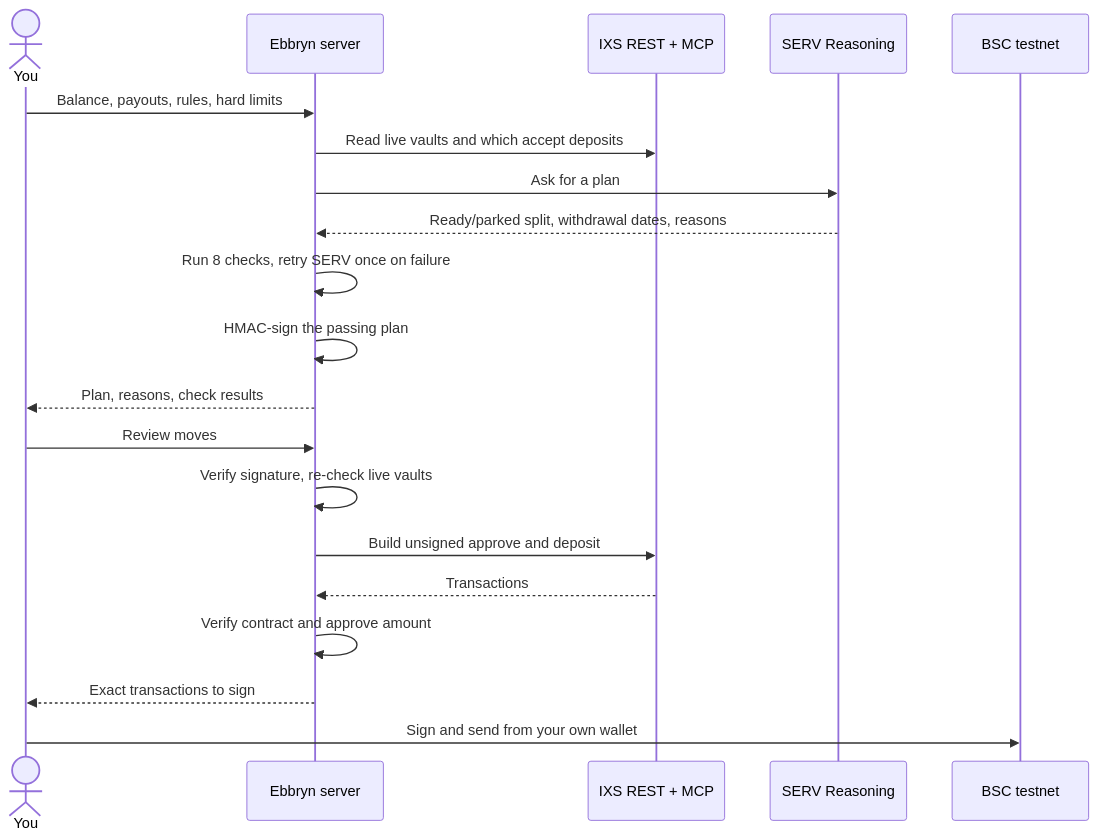
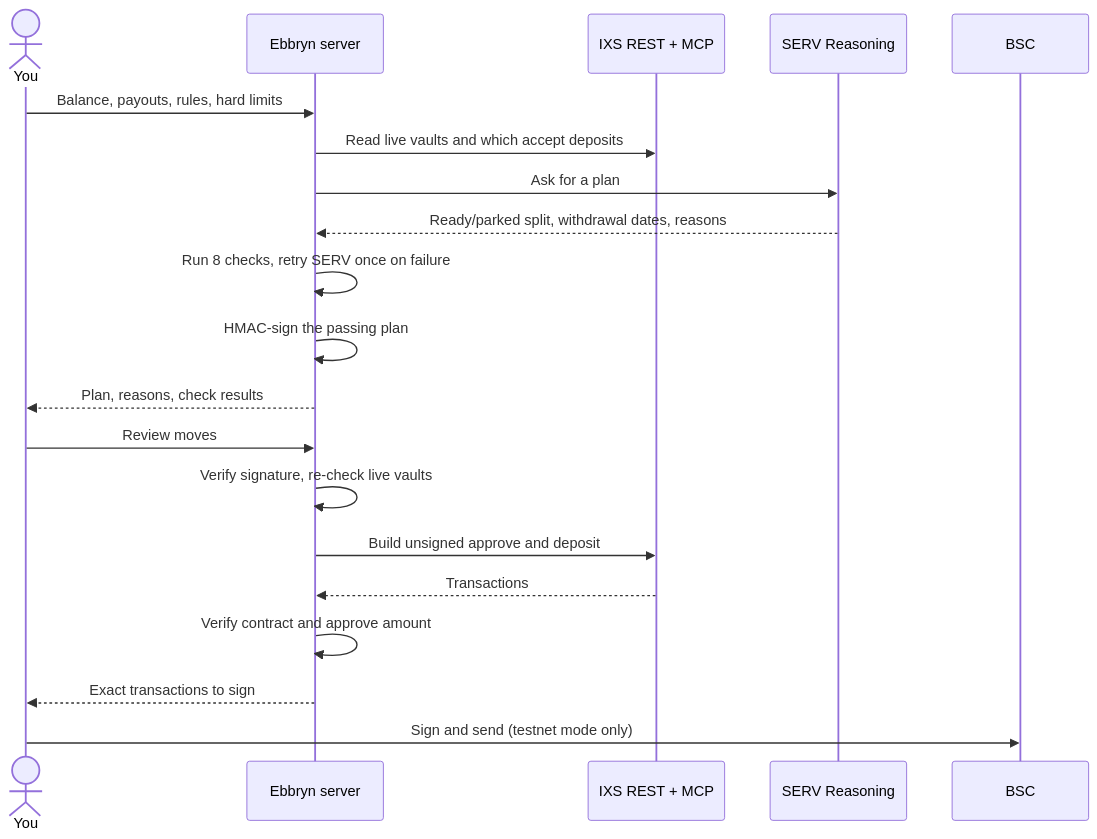
One commit to mystiquemide/ebbryn changed the diagram in README.md. Above: the diagram before and after it, drawn with Mermaid. The commit also changed other lines of this file and 14 other files, not shown here.

````diff
--- a/README.md
+++ b/README.md
@@ -48,23 +48,23 @@
 ```mermaid
 sequenceDiagram
     actor You
     participant App as Ebbryn server
     participant IXS as IXS REST + MCP
     participant SERV as SERV Reasoning
-    participant Chain as BSC testnet
+    participant Chain as BSC
 
     You->>App: Balance, payouts, rules, hard limits
     App->>IXS: Read live vaults and which accept deposits
     App->>SERV: Ask for a plan
     SERV-->>App: Ready/parked split, withdrawal dates, reasons
     App->>App: Run 8 checks, retry SERV once on failure
     App->>App: HMAC-sign the passing plan
     App-->>You: Plan, reasons, check results
     You->>App: Review moves
     App->>App: Verify signature, re-check live vaults
     App->>IXS: Build unsigned approve and deposit
     IXS-->>App: Transactions
     App->>App: Verify contract and approve amount
     App-->>You: Exact transactions to sign
-    You->>Chain: Sign and send from your own wallet
+    You->>Chain: Sign and send (testnet mode only)
 ```
````
